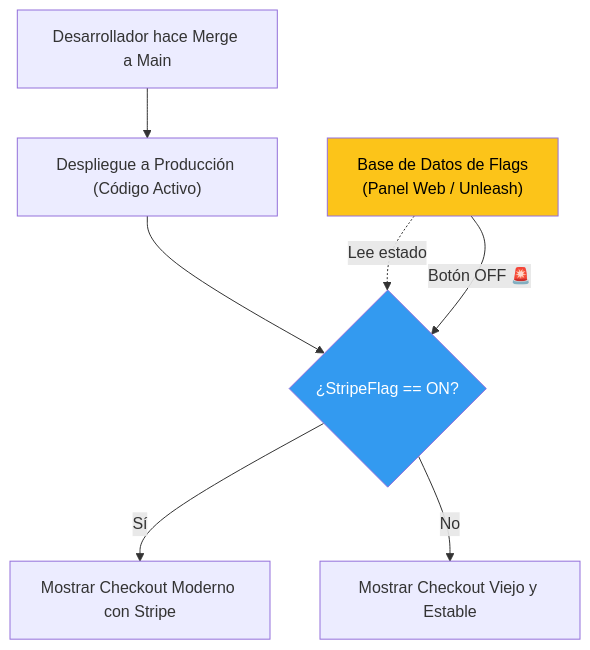
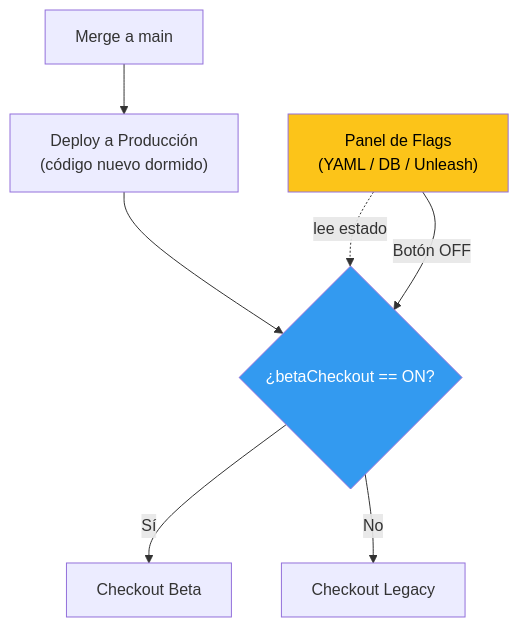
The diagram in 46-feature-flags/README.md (edgardo001/spring-v4-mastery-roadmap), drawn with Mermaid before and after one commit. The commit also changed other lines of this file and 11 other files, not shown here.

````diff
--- a/46-feature-flags/README.md
+++ b/46-feature-flags/README.md
@@ -22,16 +19,11 @@
 ```mermaid
 graph TD
-    A["Desarrollador hace Merge a Main"] --> B["Despliegue a Producción (Código Activo)"]
-    
-    C["Base de Datos de Flags<br/>(Panel Web / Unleash)"] -.->|Lee estado| D
-    
-    B --> D{"¿StripeFlag == ON?"}
-    
-    D -->|"Sí"| E["Mostrar Checkout Moderno con Stripe"]
-    D -->|"No"| F["Mostrar Checkout Viejo y Estable"]
-    
-    C -->|Botón OFF 🚨| D
-
+    A["Merge a main"] --> B["Deploy a Producción<br/>(código nuevo dormido)"]
+    C["Panel de Flags<br/>(YAML / DB / Unleash)"] -.->|lee estado| D
+    B --> D{"¿betaCheckout == ON?"}
+    D -->|Sí| E["Checkout Beta"]
+    D -->|No| F["Checkout Legacy"]
+    C -->|Botón OFF| D
     style C fill:#fcc419,color:#000
     style D fill:#339af0,color:#fff
 ```
````
